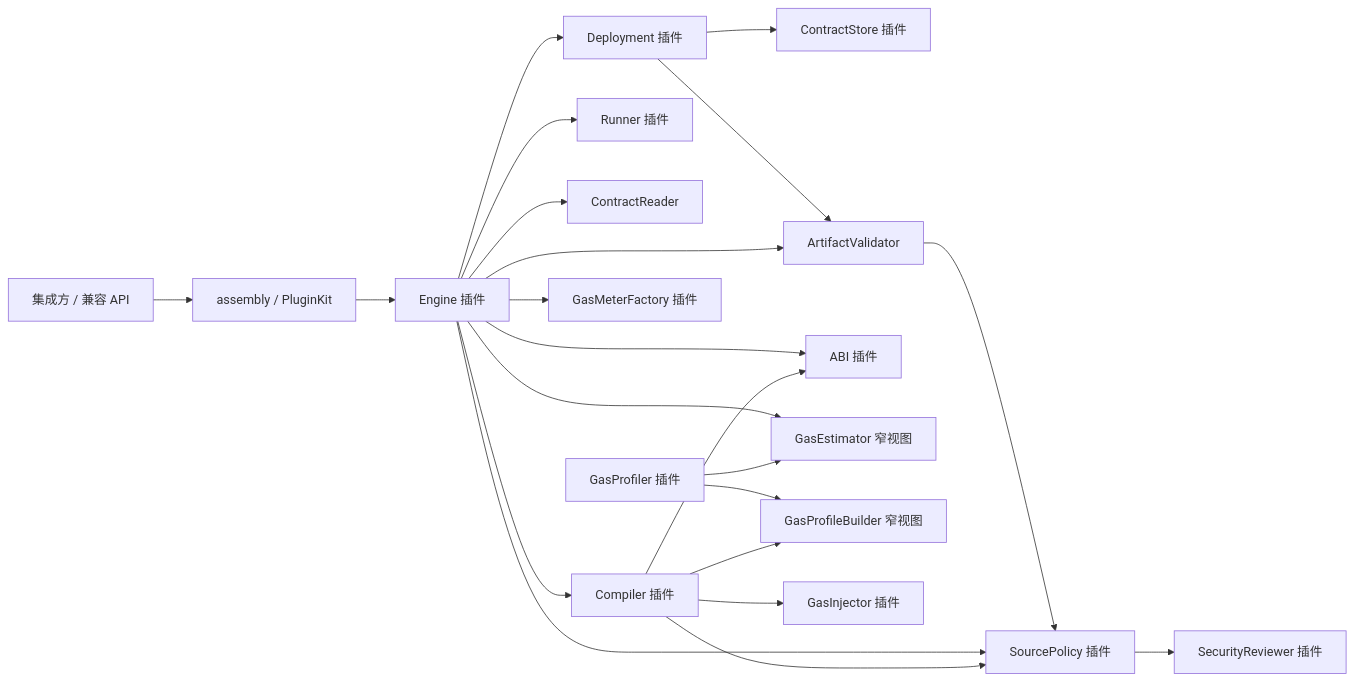
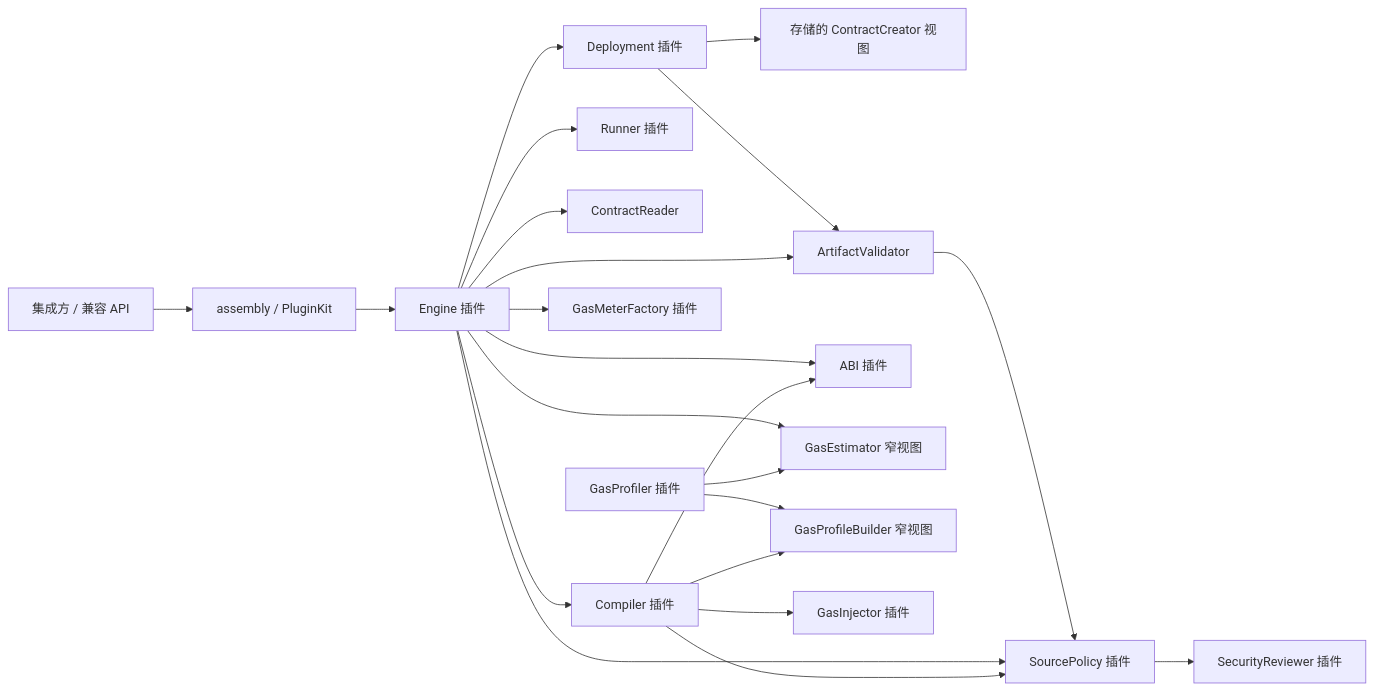
One commit to lengzhao/vm changed the diagram in docs/modular_architecture_design.md. Above: the diagram before and after it, drawn with Mermaid. The commit also changed other lines of this file and 59 other files, not shown here.

````diff
--- a/docs/modular_architecture_design.md
+++ b/docs/modular_architecture_design.md
@@ -16,24 +16,24 @@
 ```mermaid
 flowchart LR
     Client[集成方 / 兼容 API] --> Assembly[assembly / PluginKit]
     Assembly --> Engine[Engine 插件]
     Engine --> Compiler[Compiler 插件]
     Engine --> Runner[Runner 插件]
     Engine --> Reader[ContractReader]
     Engine --> Deployer[Deployment 插件]
-    Deployer --> Store[ContractStore 插件]
+    Deployer --> Store[存储的 ContractCreator 视图]
     Deployer --> Validator[ArtifactValidator]
     Engine --> Validator
     Validator --> Policy
     Engine --> Meters[GasMeterFactory 插件]
     Engine --> Policy[SourcePolicy 插件]
     Engine --> ABI[ABI 插件]
     Engine --> Estimator[GasEstimator 窄视图]
     Profiler[GasProfiler 插件] --> Estimator
     Profiler --> Builder[GasProfileBuilder 窄视图]
     Compiler --> Policy
     Compiler --> ABI
     Compiler --> Builder
     Compiler --> Injector[GasInjector 插件]
     Policy --> Security[SecurityReviewer 插件]
 ```
````
